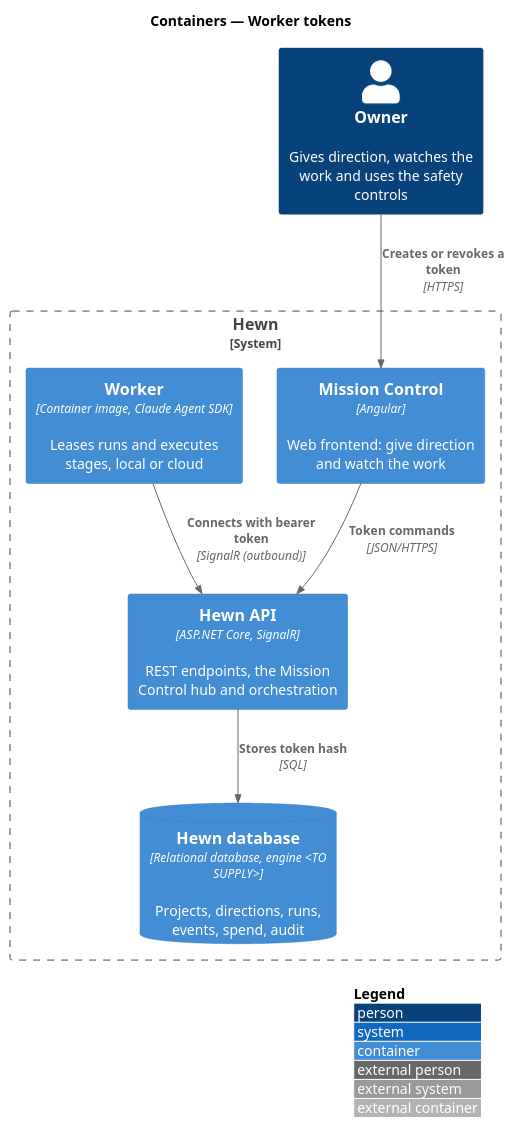
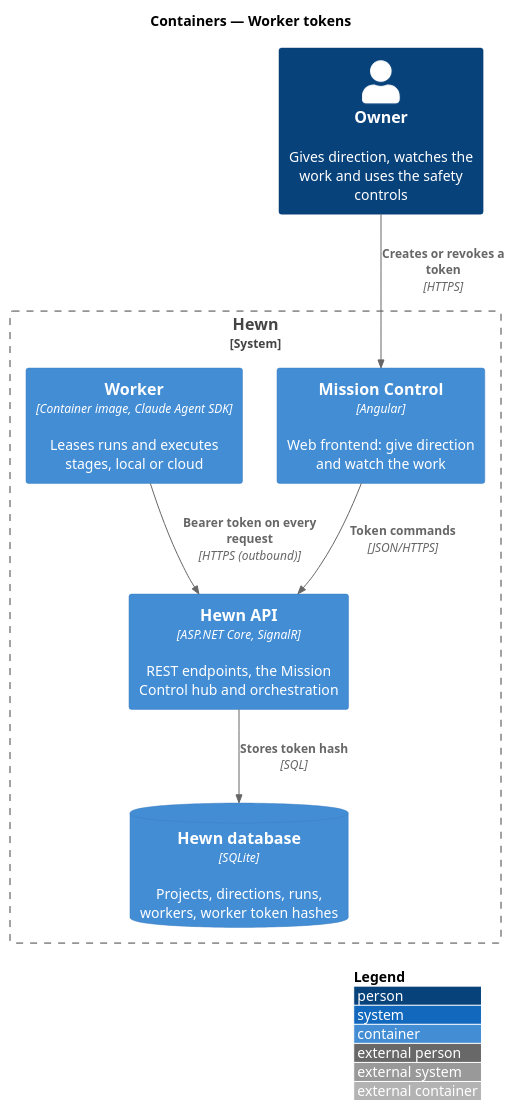
One commit to QuinntyneBrown/hewn changed the diagram in docs/detailed-designs/security/worker-tokens/diagrams/c4-container.puml. Above: the diagram before and after it, drawn with PlantUML. The commit also changed 65 other files, not shown here.

```diff
--- a/docs/detailed-designs/security/worker-tokens/diagrams/c4-container.puml
+++ b/docs/detailed-designs/security/worker-tokens/diagrams/c4-container.puml
@@ -1,18 +1,18 @@
 @startuml
 !include <C4/C4_Container>
 LAYOUT_WITH_LEGEND()
 title Containers — Worker tokens
 
 Person(owner, "Owner", "Gives direction, watches the work and uses the safety controls")
 System_Boundary(hewn, "Hewn") {
   Container(spa, "Mission Control", "Angular", "Web frontend: give direction and watch the work")
   Container(api, "Hewn API", "ASP.NET Core, SignalR", "REST endpoints, the Mission Control hub and orchestration")
-  ContainerDb(db, "Hewn database", "Relational database, engine <TO SUPPLY>", "Projects, directions, runs, events, spend, audit")
+  ContainerDb(db, "Hewn database", "SQLite", "Projects, directions, runs, workers, worker token hashes")
   Container(worker, "Worker", "Container image, Claude Agent SDK", "Leases runs and executes stages, local or cloud")
 }
 
 Rel(owner, spa, "Creates or revokes a token", "HTTPS")
 Rel(spa, api, "Token commands", "JSON/HTTPS")
 Rel(api, db, "Stores token hash", "SQL")
-Rel(worker, api, "Connects with bearer token", "SignalR (outbound)")
+Rel(worker, api, "Bearer token on every request", "HTTPS (outbound)")
 @enduml
```
